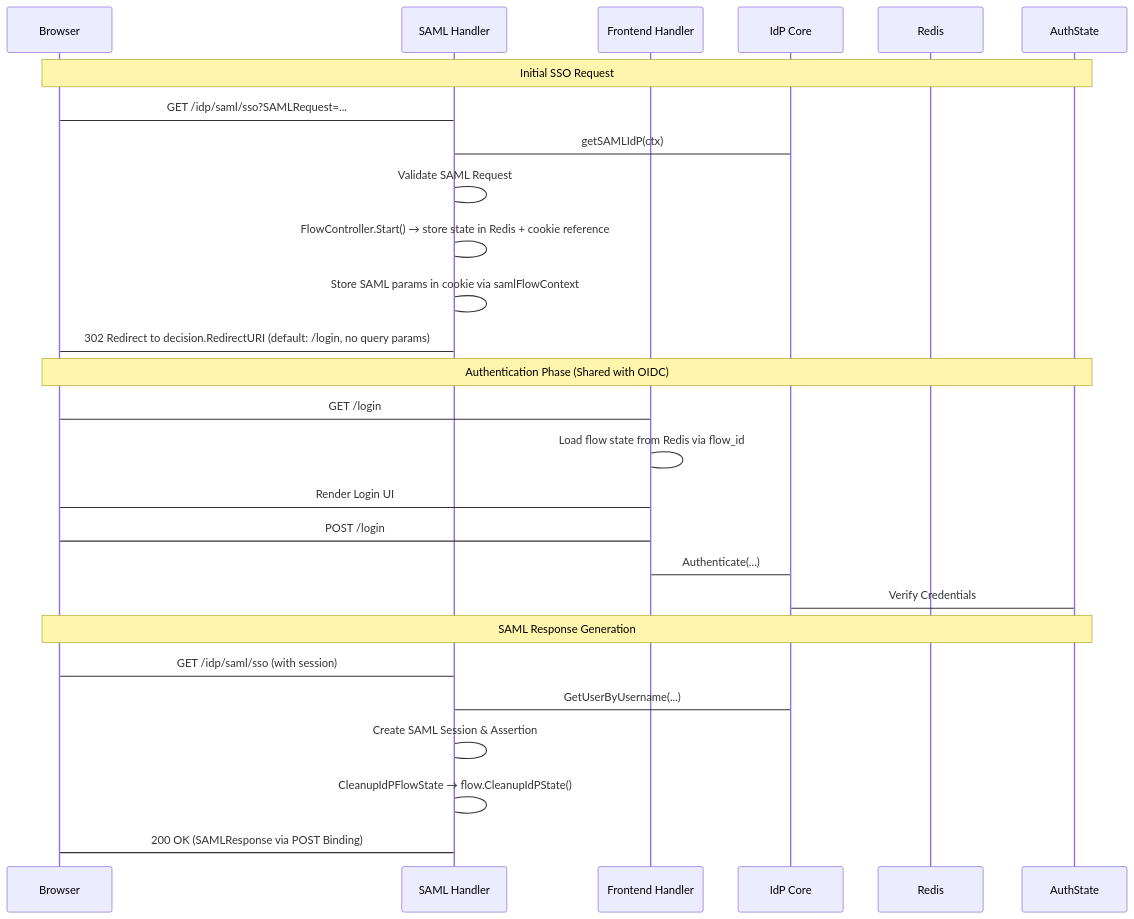
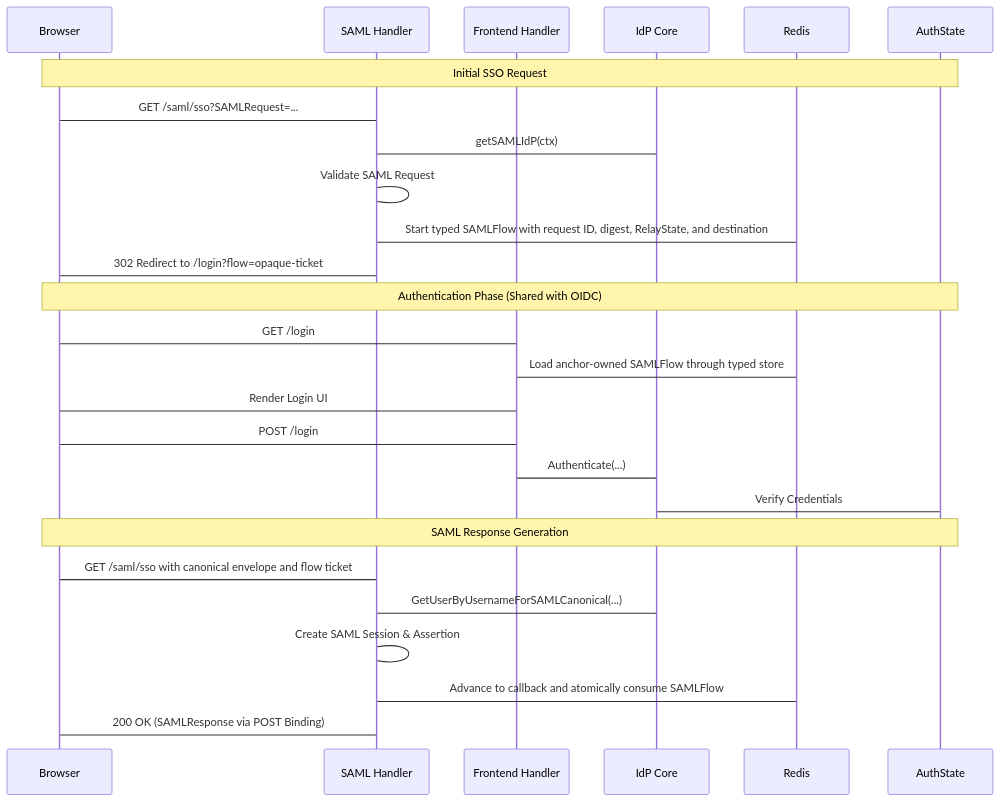
Before and after one commit to croessner/nauthilus: the seventh of 12 diagrams in server/docs/idp.md, drawn with Mermaid. The commit also changed other lines of this file, not shown here.

Commit message:
Docs: Explain canonical IDP browser session architecture

````diff
--- a/server/docs/idp.md
+++ b/server/docs/idp.md
@@ -484,29 +535,28 @@
 ```mermaid
 sequenceDiagram
     participant B as Browser
     participant H as SAML Handler
     participant F as Frontend Handler
     participant I as IdP Core
     participant R as Redis
     participant A as AuthState
     Note over B, A: Initial SSO Request
-    B -> H: GET /idp/saml/sso?SAMLRequest=...
+    B -> H: GET /saml/sso?SAMLRequest=...
     H -> I: getSAMLIdP(ctx)
     H -> H: Validate SAML Request
-    H -> H: FlowController.Start() → store state in Redis + cookie reference
-    H -> H: Store SAML params in cookie via samlFlowContext
-    H -> B: 302 Redirect to decision.RedirectURI (default: /login, no query params)
+    H -> R: Start typed SAMLFlow with request ID, digest, RelayState, and destination
+    H -> B: 302 Redirect to /login?flow=opaque-ticket
     Note over B, A: Authentication Phase (Shared with OIDC)
     B -> F: GET /login
-    F -> F: Load flow state from Redis via flow_id
+    F -> R: Load anchor-owned SAMLFlow through typed store
     F -> B: Render Login UI
     B -> F: POST /login
     F -> I: Authenticate(...)
     I -> A: Verify Credentials
     Note over B, A: SAML Response Generation
-    B -> H: GET /idp/saml/sso (with session)
-    H -> I: GetUserByUsername(...)
+    B -> H: GET /saml/sso with canonical envelope and flow ticket
+    H -> I: GetUserByUsernameForSAMLCanonical(...)
     H -> H: Create SAML Session & Assertion
-    H -> H: CleanupIdPFlowState → flow.CleanupIdPState()
+    H -> R: Advance to callback and atomically consume SAMLFlow
     H -> B: 200 OK (SAMLResponse via POST Binding)
 ```
````
